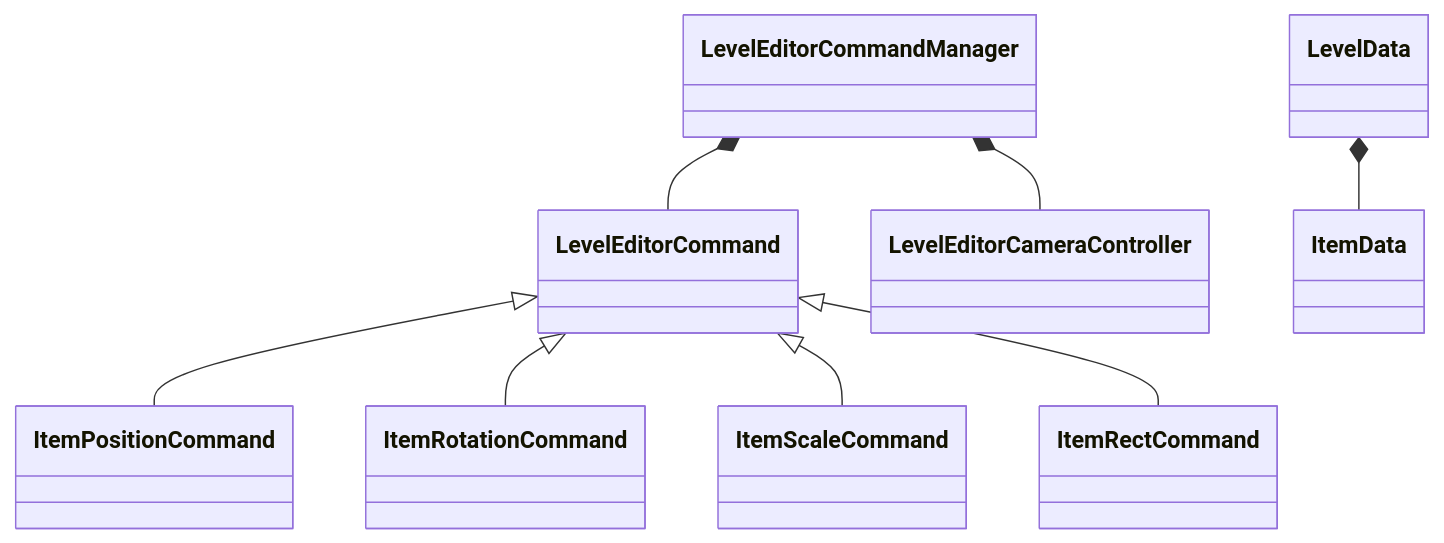
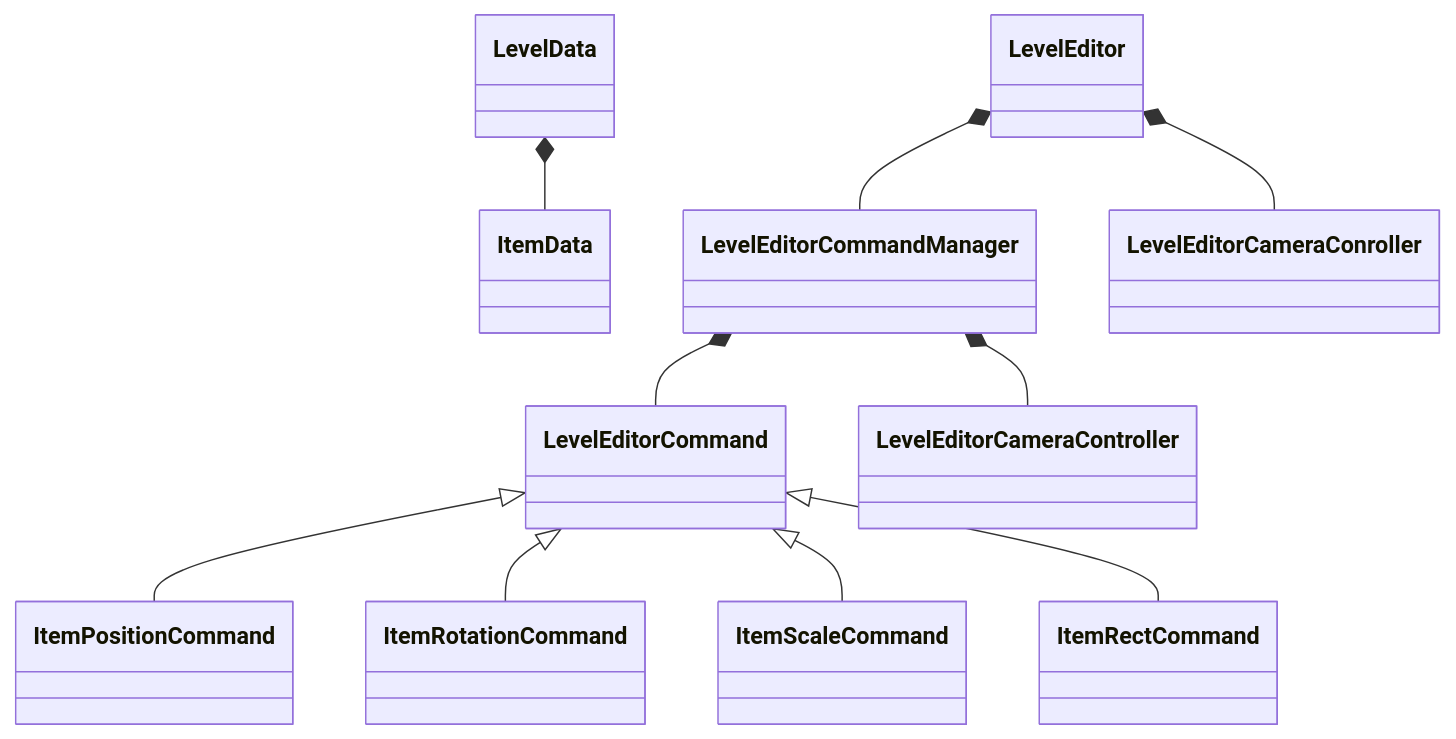
One commit to flicker-studio/RimeEditor changed the eighth of 8 diagrams in README.md. Above: the diagram before and after it, drawn with Mermaid. The commit also changed other lines of this file and 43 other files, not shown here.

Commit message:
feat: level editor's box selection (#20)

````diff
--- a/README.md
+++ b/README.md
@@ -283,10 +285,12 @@
 ```mermaid
 classDiagram
 LevelEditorCommand <|-- ItemPositionCommand
 LevelEditorCommand <|-- ItemRotationCommand
 LevelEditorCommand <|-- ItemScaleCommand
 LevelEditorCommand <|-- ItemRectCommand
 LevelEditorCommandManager *-- LevelEditorCommand
 LevelEditorCommandManager *-- LevelEditorCameraController
 LevelData *-- ItemData
+LevelEditor *-- LevelEditorCommandManager
+LevelEditor *-- LevelEditorCameraConroller
 ```
````
